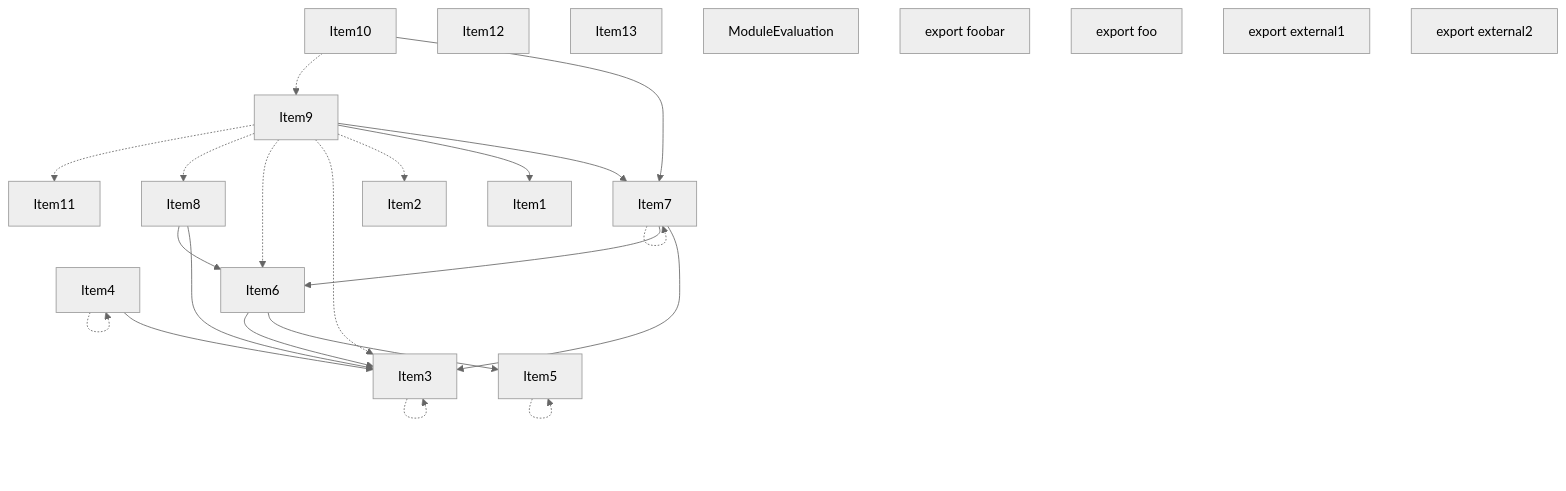
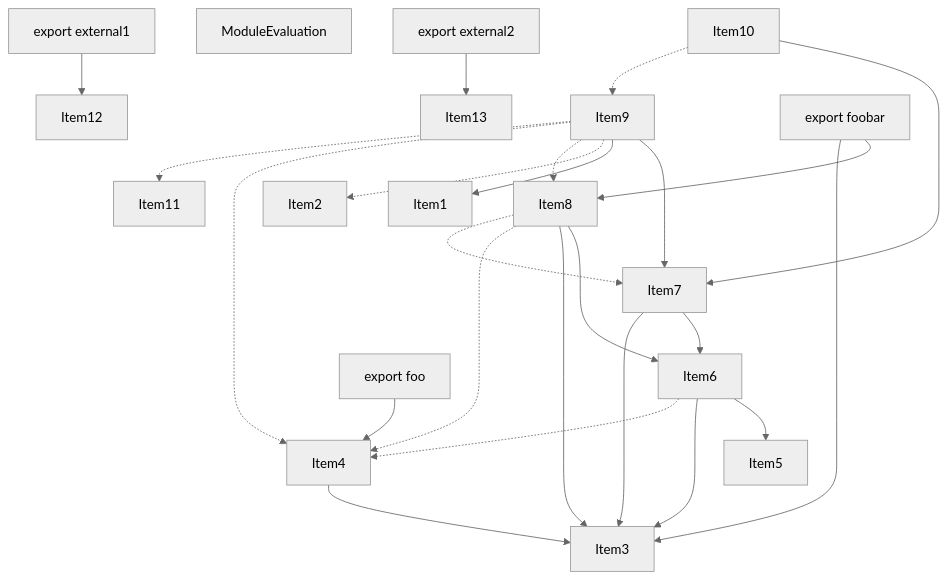
The second of 5 diagrams in crates/turbopack-ecmascript/tests/tree-shaker/analyzer/1/output.md (darkred/turbo), drawn with Mermaid (neutral theme) before and after one commit. The commit also changed other lines of this file and 22 other files, not shown here.

````diff
--- a/crates/turbopack-ecmascript/tests/tree-shaker/analyzer/1/output.md
+++ b/crates/turbopack-ecmascript/tests/tree-shaker/analyzer/1/output.md
@@ -177,46 +177,49 @@
 ```mermaid
 graph TD
     Item1;
     Item2;
     Item3;
     Item4;
     Item5;
     Item6;
     Item7;
     Item8;
     Item9;
     Item10;
     Item11;
     Item12;
     Item13;
     Item14;
     Item14["ModuleEvaluation"];
     Item15;
     Item15["export foobar"];
     Item16;
     Item16["export foo"];
     Item17;
     Item17["export external1"];
     Item18;
     Item18["export external2"];
-    Item3 -.-> Item3;
     Item4 --> Item3;
-    Item4 -.-> Item4;
-    Item5 -.-> Item5;
     Item6 --> Item5;
     Item6 --> Item3;
+    Item6 -.-> Item4;
+    Item7 --> Item6;
     Item7 --> Item3;
-    Item7 --> Item6;
-    Item7 -.-> Item7;
+    Item8 --> Item6;
     Item8 --> Item3;
-    Item8 --> Item6;
+    Item8 -.-> Item4;
+    Item8 -.-> Item7;
     Item9 --> Item7;
     Item9 --> Item1;
     Item9 -.-> Item2;
-    Item9 -.-> Item3;
-    Item9 -.-> Item6;
     Item9 -.-> Item8;
+    Item9 -.-> Item4;
     Item9 -.-> Item11;
     Item10 --> Item7;
     Item10 -.-> Item9;
+    Item15 --> Item8;
+    Item15 --> Item3;
+    Item16 --> Item4;
+    Item17 --> Item12;
+    Item18 --> Item13;
 ```
````
